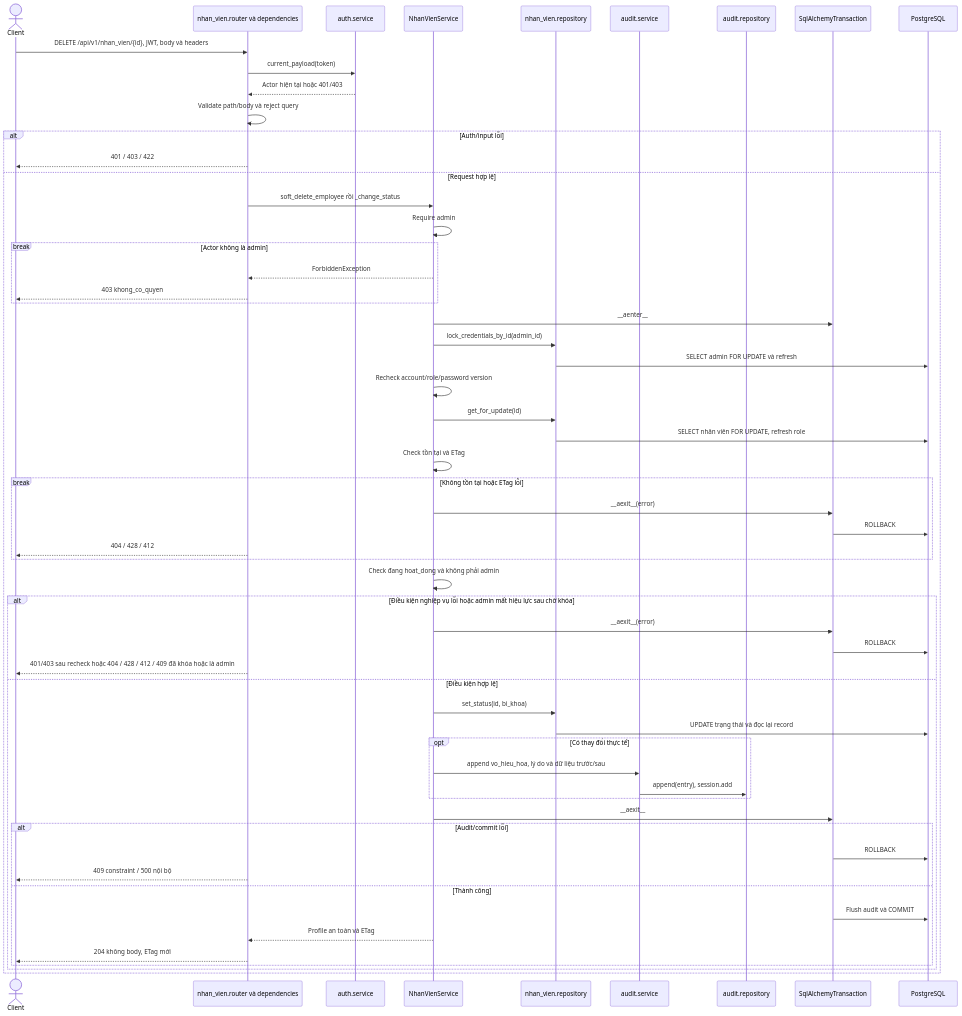
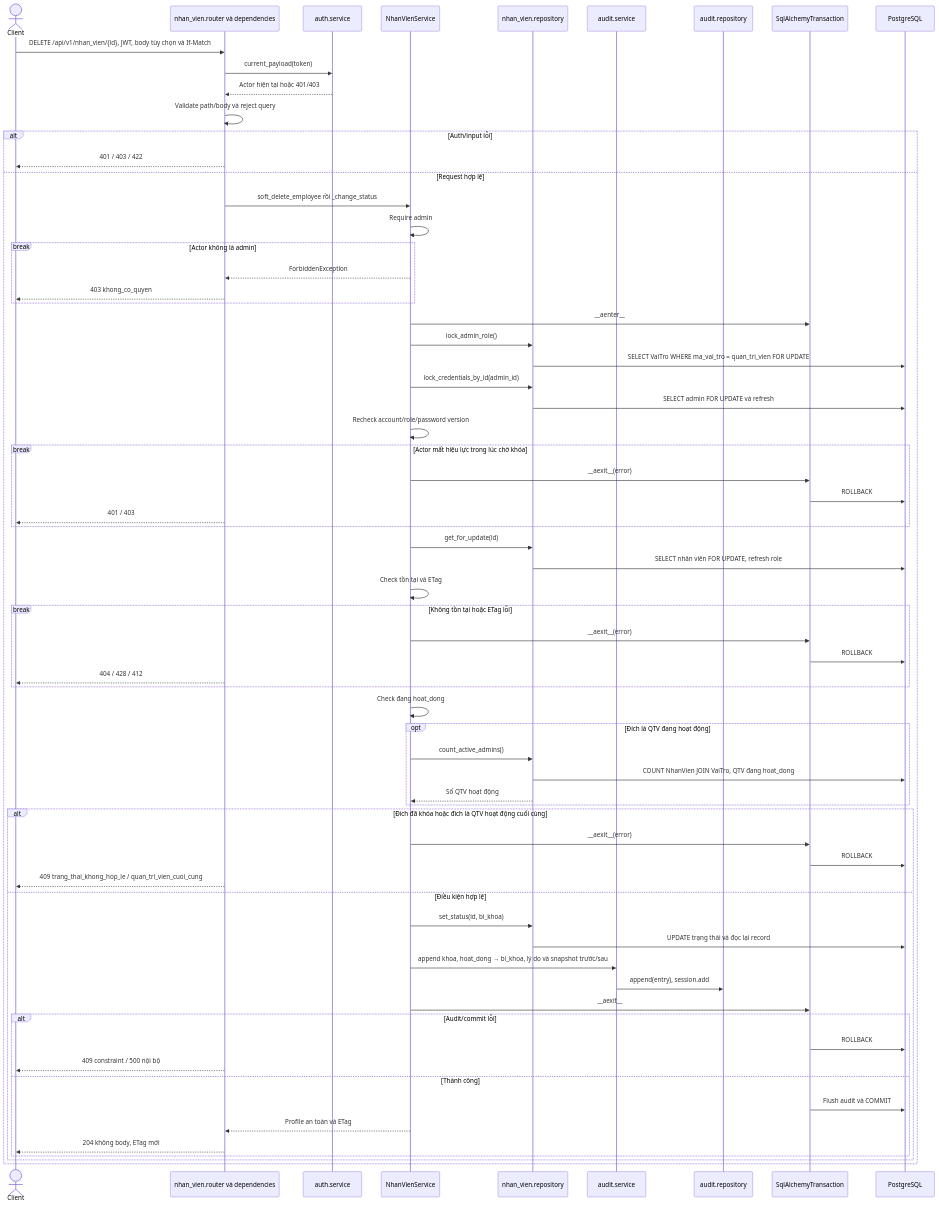
One commit to thanhklt/xbike-mrp-system changed the fifth of 9 diagrams in docs/sequence/nhan_vien.md. Above: the diagram before and after it, drawn with Mermaid. The commit also changed other lines of this file and 13 other files, not shown here.

First line of the commit message:
feat(UC-05): khóa tài khoản, lý do tùy chọn và bảo vệ quản trị viên cuối cùng

````diff
--- a/docs/sequence/nhan_vien.md
+++ b/docs/sequence/nhan_vien.md
@@ -310,60 +311,70 @@
 ```mermaid
 sequenceDiagram
     actor C as Client
     participant R as nhan_vien.router và dependencies
     participant A as auth.service
     participant N as NhanVienService
     participant P as nhan_vien.repository
     participant AU as audit.service
     participant AR as audit.repository
     participant T as SqlAlchemyTransaction
     participant DB as PostgreSQL
-    C->>R: DELETE /api/v1/nhan_vien/{id}, JWT, body và headers
+    C->>R: DELETE /api/v1/nhan_vien/{id}, JWT, body tùy chọn và If-Match
     R->>A: current_payload(token)
     A-->>R: Actor hiện tại hoặc 401/403
     R->>R: Validate path/body và reject query
     alt Auth/input lỗi
         R-->>C: 401 / 403 / 422
     else Request hợp lệ
         R->>N: soft_delete_employee rồi _change_status
         N->>N: Require admin
         break Actor không là admin
             N-->>R: ForbiddenException
             R-->>C: 403 khong_co_quyen
         end
         N->>T: __aenter__
+        N->>P: lock_admin_role()
+        P->>DB: SELECT VaiTro WHERE ma_vai_tro = quan_tri_vien FOR UPDATE
         N->>P: lock_credentials_by_id(admin_id)
         P->>DB: SELECT admin FOR UPDATE và refresh
         N->>N: Recheck account/role/password version
+        break Actor mất hiệu lực trong lúc chờ khóa
+            N->>T: __aexit__(error)
+            T->>DB: ROLLBACK
+            R-->>C: 401 / 403
+        end
         N->>P: get_for_update(id)
         P->>DB: SELECT nhân viên FOR UPDATE, refresh role
         N->>N: Check tồn tại và ETag
         break Không tồn tại hoặc ETag lỗi
             N->>T: __aexit__(error)
             T->>DB: ROLLBACK
             R-->>C: 404 / 428 / 412
         end
-        N->>N: Check đang hoat_dong và không phải admin
-        alt Điều kiện nghiệp vụ lỗi hoặc admin mất hiệu lực sau chờ khóa
+        N->>N: Check đang hoat_dong
+        opt Đích là QTV đang hoạt động
+            N->>P: count_active_admins()
+            P->>DB: COUNT NhanVien JOIN VaiTro, QTV đang hoat_dong
+            P-->>N: Số QTV hoạt động
+        end
+        alt Đích đã khóa hoặc đích là QTV hoạt động cuối cùng
             N->>T: __aexit__(error)
             T->>DB: ROLLBACK
-            R-->>C: 401/403 sau recheck hoặc 404 / 428 / 412 / 409 đã khóa hoặc là admin
+            R-->>C: 409 trang_thai_khong_hop_le / quan_tri_vien_cuoi_cung
         else Điều kiện hợp lệ
             N->>P: set_status(id, bi_khoa)
             P->>DB: UPDATE trạng thái và đọc lại record
-            opt Có thay đổi thực tế
-                N->>AU: append vo_hieu_hoa, lý do và dữ liệu trước/sau
-                AU->>AR: append(entry), session.add
-            end
+            N->>AU: append khoa, hoat_dong → bi_khoa, lý do và snapshot trước/sau
+            AU->>AR: append(entry), session.add
             N->>T: __aexit__
             alt Audit/commit lỗi
                 T->>DB: ROLLBACK
                 R-->>C: 409 constraint / 500 nội bộ
             else Thành công
                 T->>DB: Flush audit và COMMIT
                 N-->>R: Profile an toàn và ETag
                 R-->>C: 204 không body, ETag mới
             end
         end
     end
 ```
````
